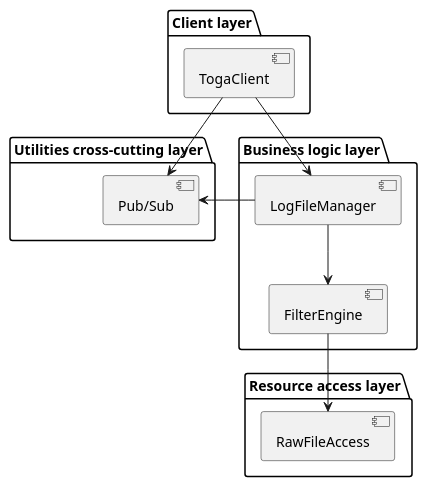
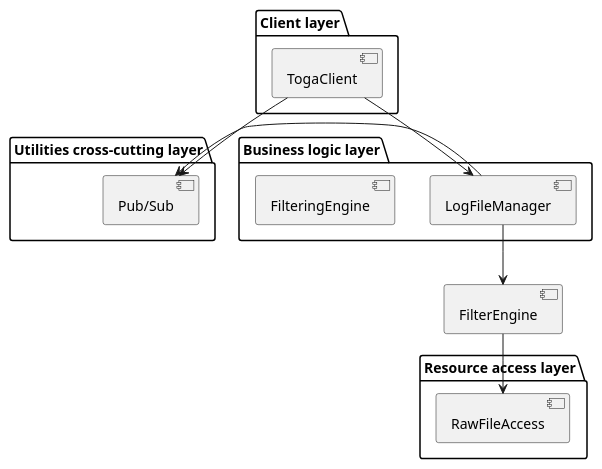
The second of 2 diagrams in docs/design.rst (rknuus/LoAFi), drawn with PlantUML before and after one commit. The commit also changed other lines of this file and 1 other file, not shown here.

First line of the commit message:
Remove filter_engine because probably not helpful

```diff
--- a/docs/design.rst
+++ b/docs/design.rst
@@ -52,24 +52,24 @@
 .. uml::
 
   package "Client layer" {
     [TogaClient]
   }
 
   package "Business logic layer" {
     [LogFileManager]
-    [FilterEngine]
+    [FilteringEngine]
   }
 
   package "Resource access layer" {
     [RawFileAccess]
   }
 
   package "Utilities cross-cutting layer" {
     [Pub/Sub]
   }
 
   [TogaClient] -down-> [LogFileManager]
   [LogFileManager] -down-> [FilterEngine]
   [FilterEngine] -down-> [RawFileAccess]
   [TogaClient] -right-> [Pub/Sub]
   [LogFileManager] -right-> [Pub/Sub]
```
